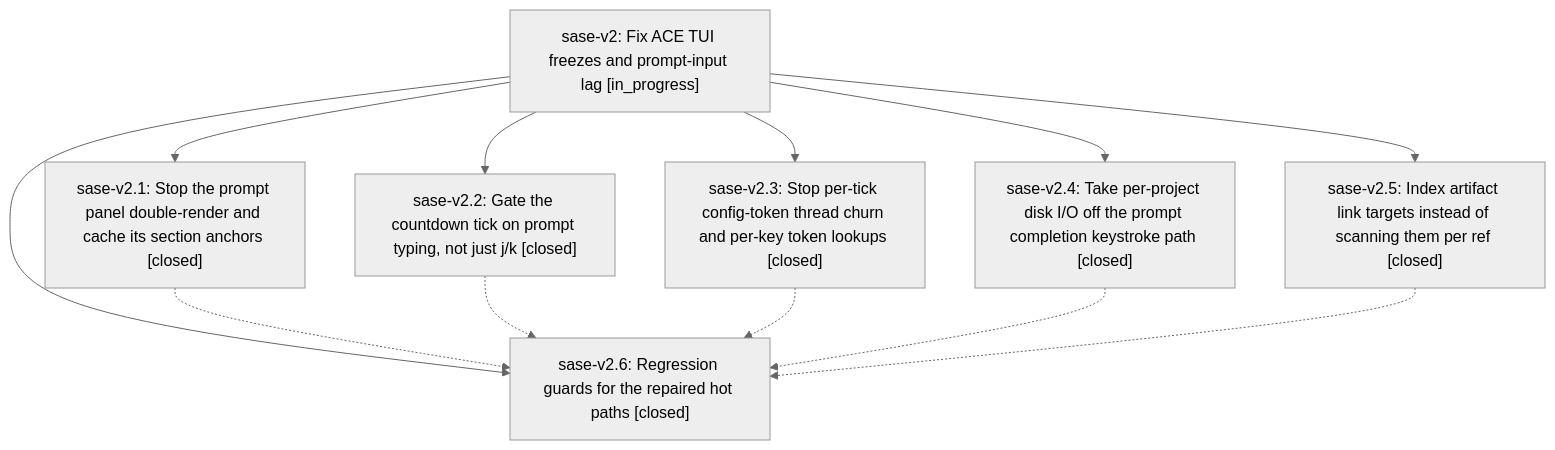
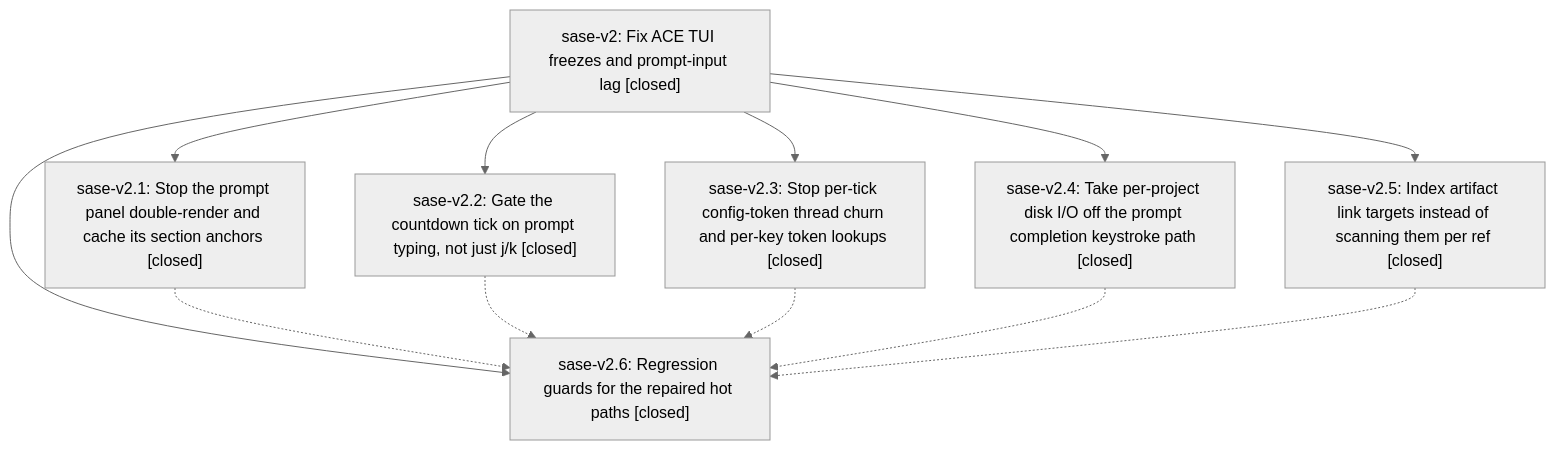
Before and after one commit to sase-org/sase--beads: the diagram in pages/sase-v2/README.md, drawn with Mermaid (neutral theme). The commit also changed other lines of this file, not shown here.

First line of the commit message:
chore(beads): sync bead state and pages for sase-v2

````diff
--- a/pages/sase-v2/README.md
+++ b/pages/sase-v2/README.md
@@ -39,21 +66,21 @@
 ```mermaid
 flowchart TD
-    n0["sase-v2: Fix ACE TUI freezes and prompt-input lag [in_progress]"]
+    n0["sase-v2: Fix ACE TUI freezes and prompt-input lag [closed]"]
     n1["sase-v2.1: Stop the prompt panel double-render and cache its section anchors [closed]"]
     n2["sase-v2.2: Gate the countdown tick on prompt typing, not just j/k [closed]"]
     n3["sase-v2.3: Stop per-tick config-token thread churn and per-key token lookups [closed]"]
     n4["sase-v2.4: Take per-project disk I/O off the prompt completion keystroke path [closed]"]
     n5["sase-v2.5: Index artifact link targets instead of scanning them per ref [closed]"]
     n6["sase-v2.6: Regression guards for the repaired hot paths [closed]"]
     n0 --> n1
     n0 --> n2
     n0 --> n3
     n0 --> n4
     n0 --> n5
     n0 --> n6
     n1 -.-> n6
     n2 -.-> n6
     n3 -.-> n6
     n4 -.-> n6
     n5 -.-> n6
 ```
````
